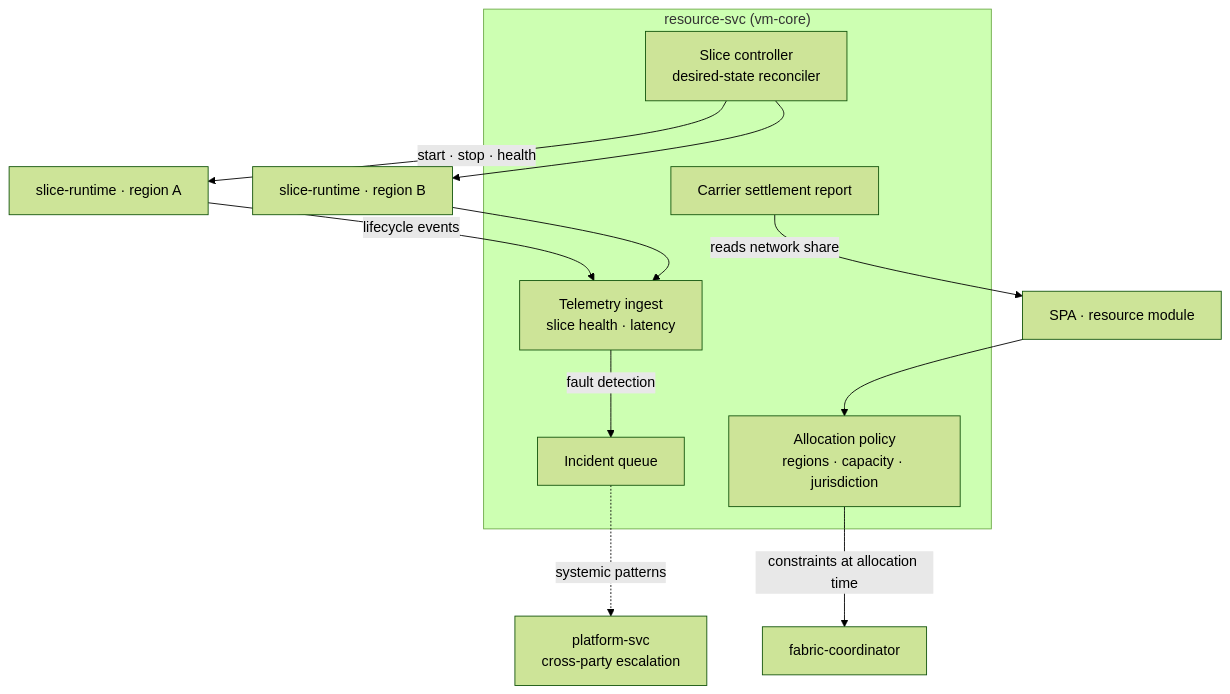
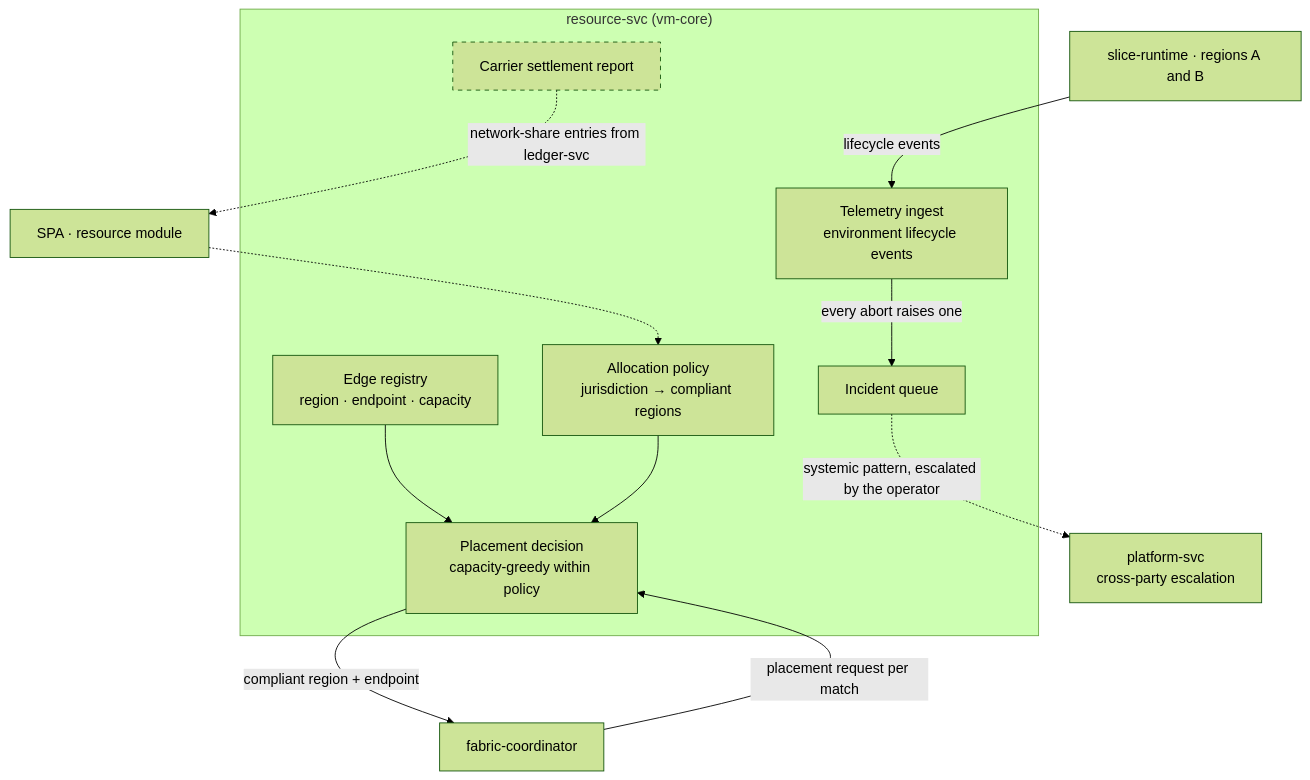
One commit to alius-git/amisad.dev changed the diagram in plan/design/04-resource.md. Above: the diagram before and after it, drawn with Mermaid (forest theme). The commit also changed other lines of this file and 19 other files, not shown here.

````diff
--- a/plan/design/04-resource.md
+++ b/plan/design/04-resource.md
@@ -7,25 +7,28 @@
 ```mermaid
 flowchart TD
     subgraph svc["resource-svc (vm-core)"]
-        policy["Allocation policy<br/>regions · capacity · jurisdiction"]
-        controller["Slice controller<br/>desired-state reconciler"]
-        telemetry["Telemetry ingest<br/>slice health · latency"]
+        edges["Edge registry<br/>region · endpoint · capacity"]
+        policy["Allocation policy<br/>jurisdiction → compliant regions"]
+        placement["Placement decision<br/>capacity-greedy within policy"]
+        telemetry["Telemetry ingest<br/>environment lifecycle events"]
         incidents["Incident queue"]
         settlement["Carrier settlement report"]
     end
     spa["SPA · resource module"]
     coordinator["fabric-coordinator"]
-    edgea["slice-runtime · region A"]
-    edgeb["slice-runtime · region B"]
+    edge["slice-runtime · regions A and B"]
     platform["platform-svc<br/>cross-party escalation"]
 
-    spa --> policy
-    policy -->|"constraints at allocation time"| coordinator
-    controller -->|"start · stop · health"| edgea
-    controller --> edgeb
-    edgea -->|"lifecycle events"| telemetry
-    edgeb --> telemetry
-    telemetry -->|"fault detection"| incidents
-    incidents -.->|"systemic patterns"| platform
-    settlement -->|"reads network share"| spa
+    spa -.-> policy
+    coordinator -->|"placement request per match"| placement
+    edges --> placement
+    policy --> placement
+    placement -->|"compliant region + endpoint"| coordinator
+    edge -->|"lifecycle events"| telemetry
+    telemetry -->|"every abort raises one"| incidents
+    incidents -.->|"systemic pattern, escalated by the operator"| platform
+    settlement -.->|"network-share entries from ledger-svc"| spa
+
+    classDef planned stroke-dasharray: 5 5
+    class settlement planned
 ```
````
